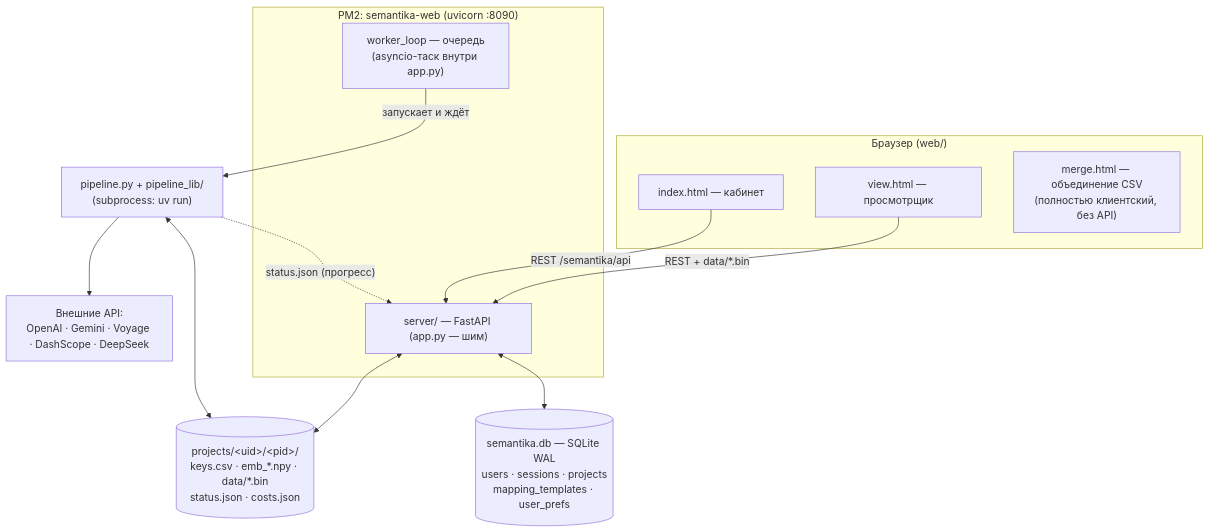
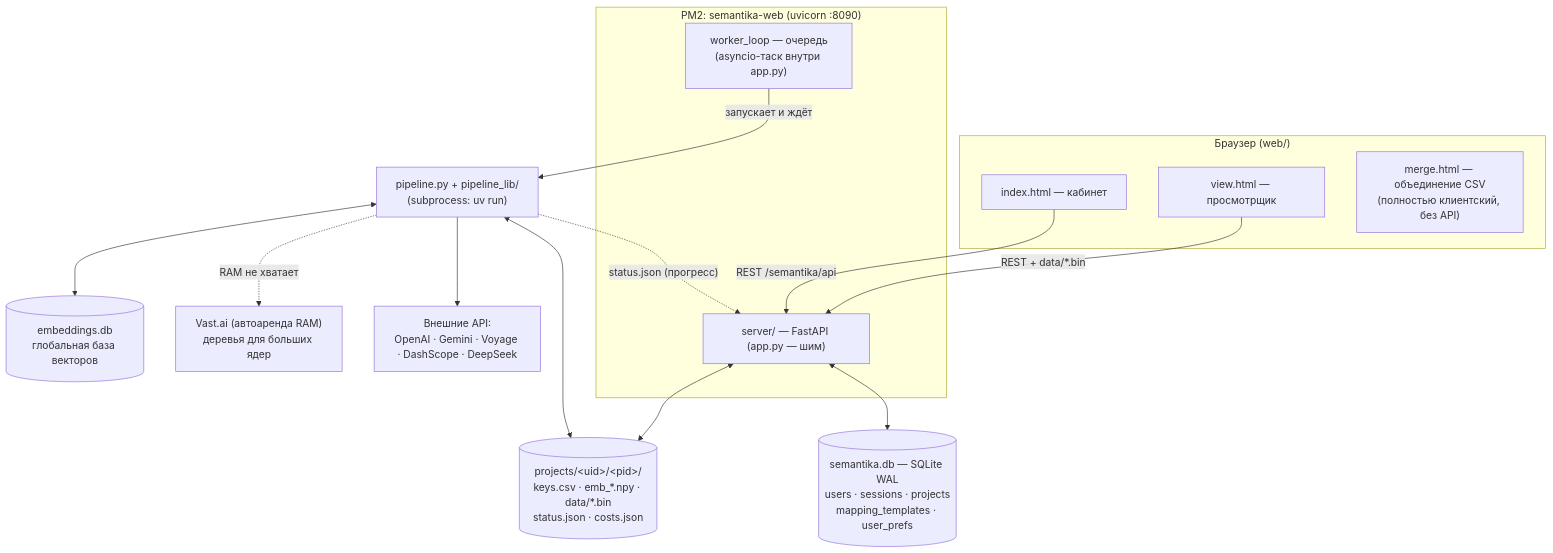
Before and after one commit to VKirill/smyslotron: the diagram in docs/architecture.md, drawn with Mermaid. The commit also changed other lines of this file and 4 other files, not shown here.

First line of the commit message:
docs: автоаренда Vast.ai и глобальная база эмбеддингов — README, docs, CLAUDE.md

````diff
--- a/docs/architecture.md
+++ b/docs/architecture.md
@@ -5,25 +5,29 @@
 ```mermaid
 flowchart TB
     subgraph Browser["Браузер (web/)"]
         IDX["index.html — кабинет"]
         VIEW["view.html — просмотрщик"]
         MRG["merge.html — объединение CSV<br>(полностью клиентский, без API)"]
     end
     subgraph Server["PM2: semantika-web (uvicorn :8090)"]
         APP["server/ — FastAPI (app.py — шим)"]
         WK["worker_loop — очередь<br>(asyncio-таск внутри app.py)"]
     end
     PIPE["pipeline.py + pipeline_lib/<br>(subprocess: uv run)"]
     DB[("semantika.db — SQLite WAL<br>users · sessions · projects<br>mapping_templates · user_prefs")]
     FS[("projects/&lt;uid&gt;/&lt;pid&gt;/<br>keys.csv · emb_*.npy · data/*.bin<br>status.json · costs.json")]
     EXT["Внешние API:<br>OpenAI · Gemini · Voyage · DashScope · DeepSeek"]
+    VAST["Vast.ai (автоаренда RAM)<br>деревья для больших ядер"]
+    EMB[("embeddings.db<br>глобальная база векторов")]
 
     IDX -->|"REST /semantika/api"| APP
     VIEW -->|"REST + data/*.bin"| APP
     APP <--> DB
     APP <--> FS
     WK -->|"запускает и ждёт"| PIPE
     PIPE <--> FS
     PIPE --> EXT
+    PIPE -.->|"RAM не хватает"| VAST
+    PIPE <--> EMB
     PIPE -.->|"status.json (прогресс)"| APP
 ```
````
